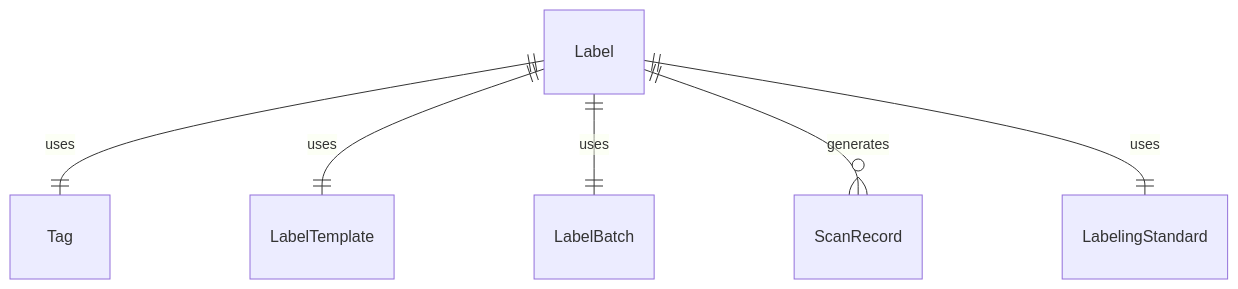
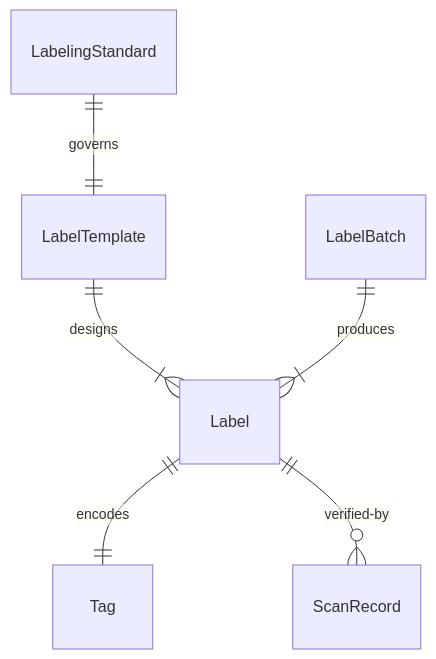
The first of 4 diagrams in IdentifyingObjectsActionsAndEvents/MarkMaterialsOrObjectsForIdentification/ApplyIdentificationLabelsTags.mdx (dot-org-ai/tasks.org.ai), drawn with Mermaid before and after one commit. The commit also changed other lines of this file and 515 other files, not shown here.

````diff
--- a/IdentifyingObjectsActionsAndEvents/MarkMaterialsOrObjectsForIdentification/ApplyIdentificationLabelsTags.mdx
+++ b/IdentifyingObjectsActionsAndEvents/MarkMaterialsOrObjectsForIdentification/ApplyIdentificationLabelsTags.mdx
@@ -87,8 +87,8 @@
 ```mermaid
 erDiagram
-    Label ||--|| Tag : "uses"
-    Label ||--|| LabelTemplate : "uses"
-    Label ||--|| LabelBatch : "uses"
-    Label ||--o{ ScanRecord : "generates"
-    Label ||--|| LabelingStandard : "uses"
+    LabelTemplate ||--|{ Label : "designs"
+    LabelBatch ||--|{ Label : "produces"
+    Label ||--|| Tag : "encodes"
+    Label ||--o{ ScanRecord : "verified-by"
+    LabelingStandard ||--|| LabelTemplate : "governs"
 ```
````
